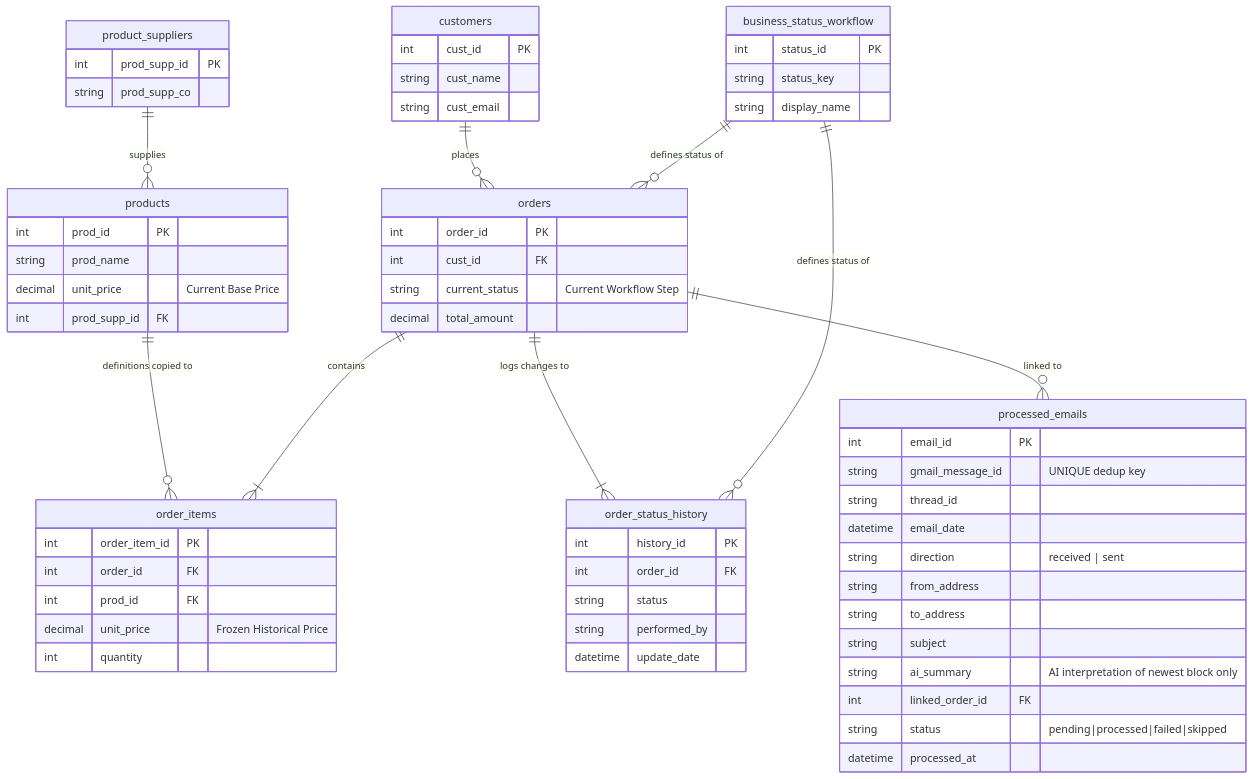
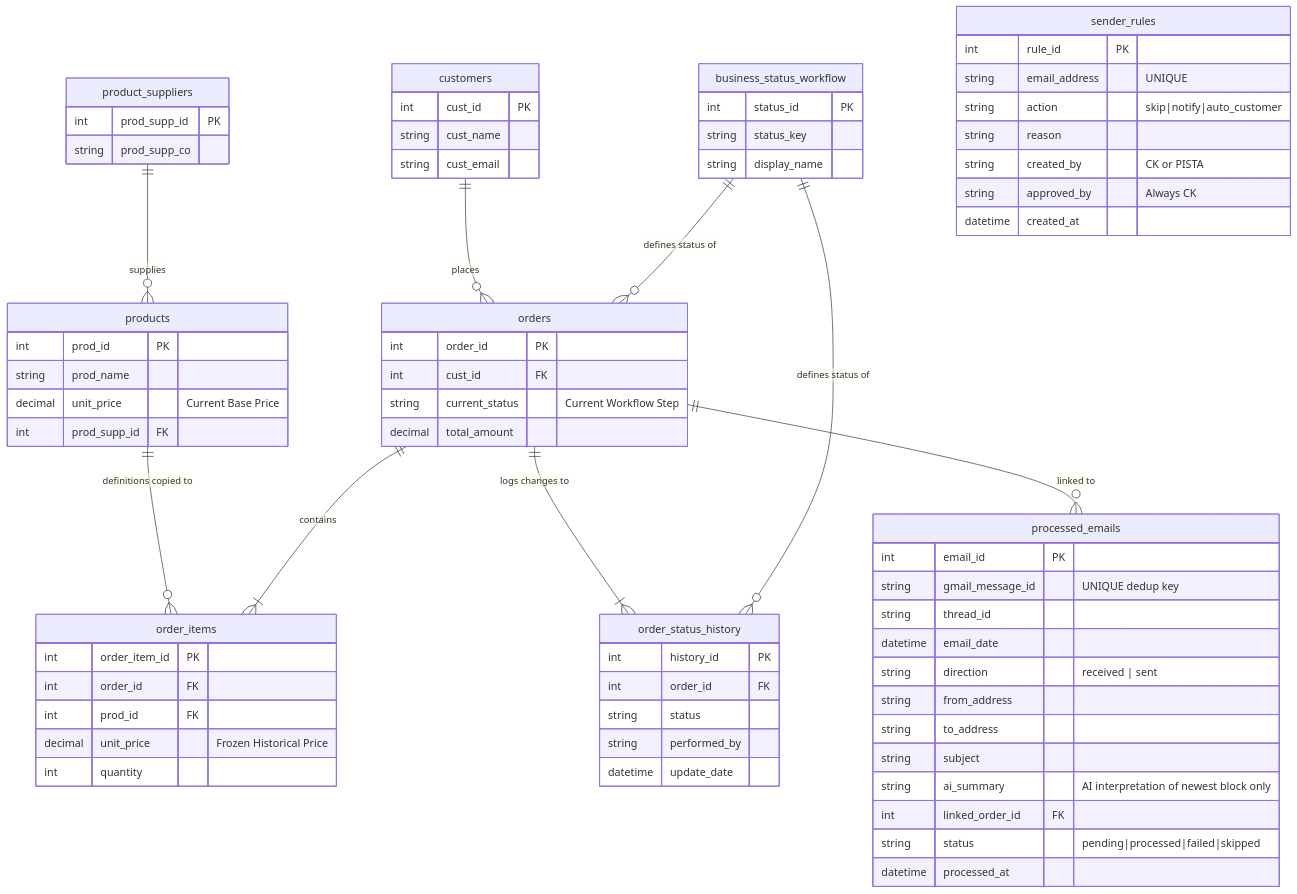
One commit to blian24/coolkonyha-solo-vibe changed the diagram in docs/architecture/database-schema.md. Above: the diagram before and after it, drawn with Mermaid. The commit also changed other lines of this file and 20 other files, not shown here.

````diff
--- a/docs/architecture/database-schema.md
+++ b/docs/architecture/database-schema.md
@@ -84,4 +84,14 @@
         string status "pending|processed|failed|skipped"
         datetime processed_at
     }
+
+    sender_rules {
+        int rule_id PK
+        string email_address "UNIQUE"
+        string action "skip|notify|auto_customer"
+        string reason
+        string created_by "CK or PISTA"
+        string approved_by "Always CK"
+        datetime created_at
+    }
 ```
````
